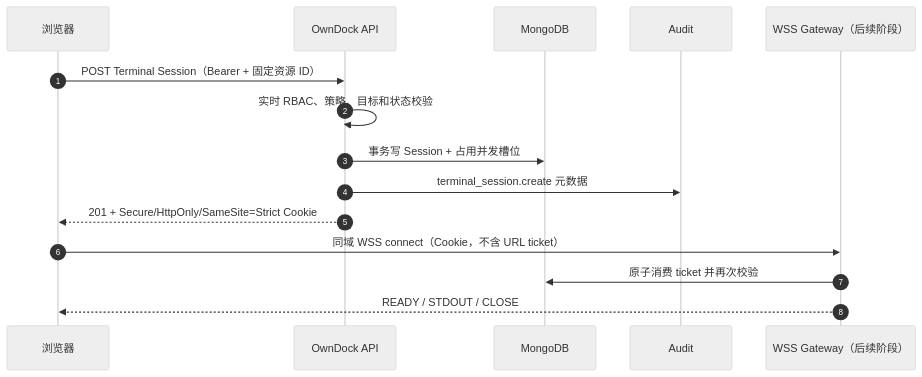
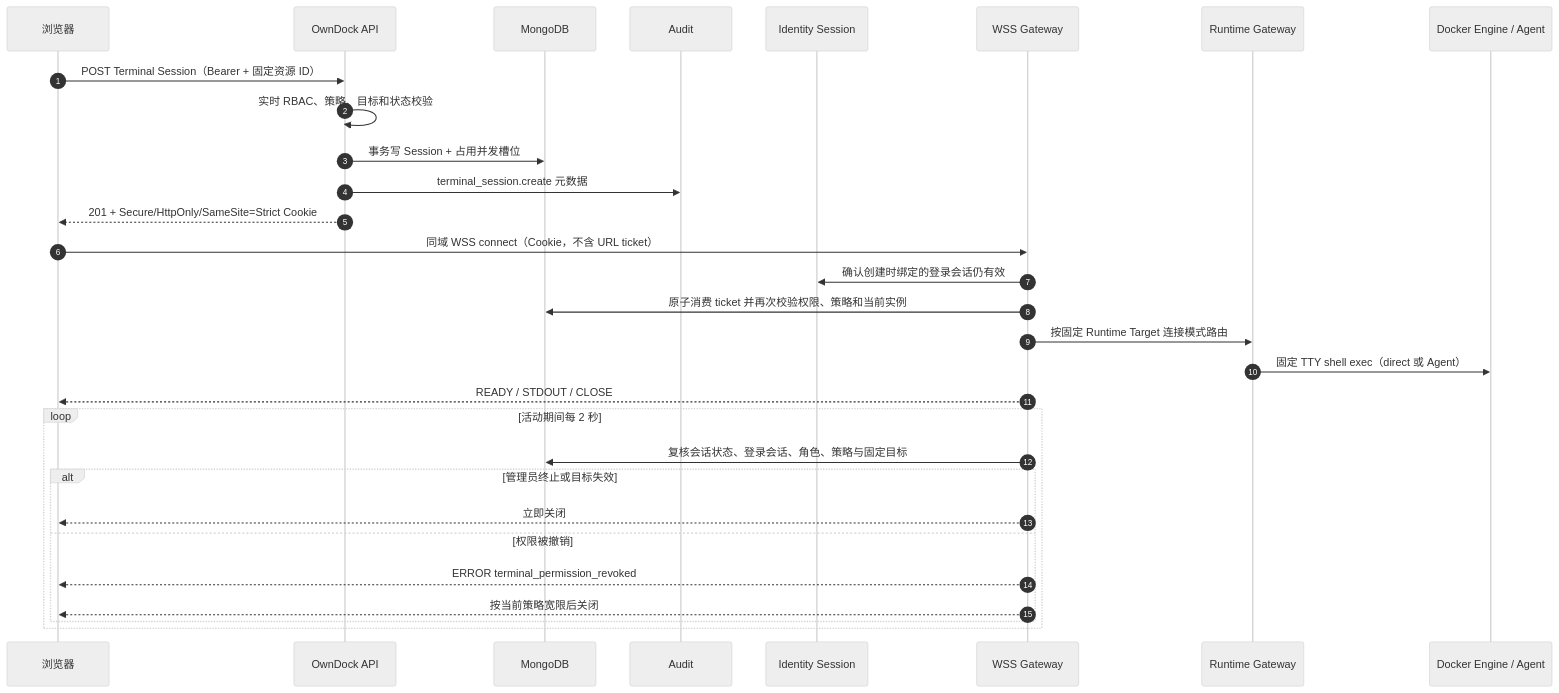
The second of 5 diagrams in docs/terminal-sessions.md (owndock/owndock), drawn with Mermaid (neutral theme) before and after one commit. The commit also changed other lines of this file and 95 other files, not shown here.

````diff
--- a/docs/terminal-sessions.md
+++ b/docs/terminal-sessions.md
@@ -41,18 +44,33 @@
 ```mermaid
 sequenceDiagram
     autonumber
     participant B as 浏览器
     participant API as OwnDock API
     participant DB as MongoDB
     participant A as Audit
-    participant W as WSS Gateway（后续阶段）
+    participant I as Identity Session
+    participant W as WSS Gateway
+    participant G as Runtime Gateway
+    participant D as Docker Engine / Agent
 
     B->>API: POST Terminal Session（Bearer + 固定资源 ID）
     API->>API: 实时 RBAC、策略、目标和状态校验
     API->>DB: 事务写 Session + 占用并发槽位
     API->>A: terminal_session.create 元数据
     API-->>B: 201 + Secure/HttpOnly/SameSite=Strict Cookie
     B->>W: 同域 WSS connect（Cookie，不含 URL ticket）
-    W->>DB: 原子消费 ticket 并再次校验
+    W->>I: 确认创建时绑定的登录会话仍有效
+    W->>DB: 原子消费 ticket 并再次校验权限、策略和当前实例
+    W->>G: 按固定 Runtime Target 连接模式路由
+    G->>D: 固定 TTY shell exec（direct 或 Agent）
     W-->>B: READY / STDOUT / CLOSE
+    loop 活动期间每 2 秒
+        W->>DB: 复核会话状态、登录会话、角色、策略与固定目标
+        alt 管理员终止或目标失效
+            W-->>B: 立即关闭
+        else 权限被撤销
+            W-->>B: ERROR terminal_permission_revoked
+            W-->>B: 按当前策略宽限后关闭
+        end
+    end
 ```
````
